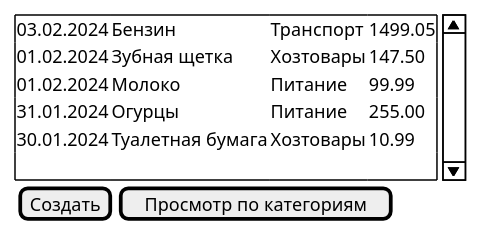
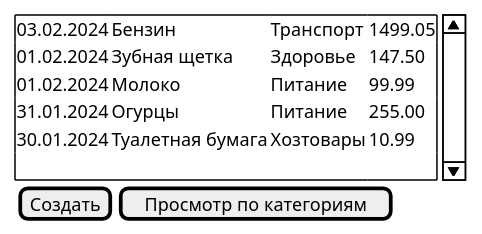
One commit to kirillow66/COSTS changed the diagram in readme.puml/costs.puml. Above: the diagram before and after it, drawn with PlantUML. The commit also changed 7 other files, not shown here.

```diff
--- a/readme.puml/costs.puml
+++ b/readme.puml/costs.puml
@@ -1,15 +1,15 @@
 @startsalt costs
 {
     {SI
         03.02.2024 | Бензин | Транспорт | 1499.05
-        01.02.2024 | Зубная щетка | Хозтовары | 147.50
+        01.02.2024 | Зубная щетка | Здоровье | 147.50
         01.02.2024 | Молоко | Питание | 99.99
         31.01.2024 | Огурцы | Питание | 255.00
         30.01.2024 | Туалетная бумага | Хозтовары | 10.99
         .
     }
     {
         [Создать] | [Просмотр по категориям]
     }
 }
 @endsalt
```
